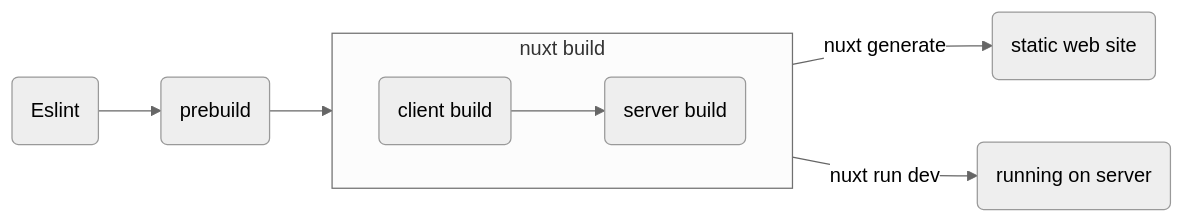
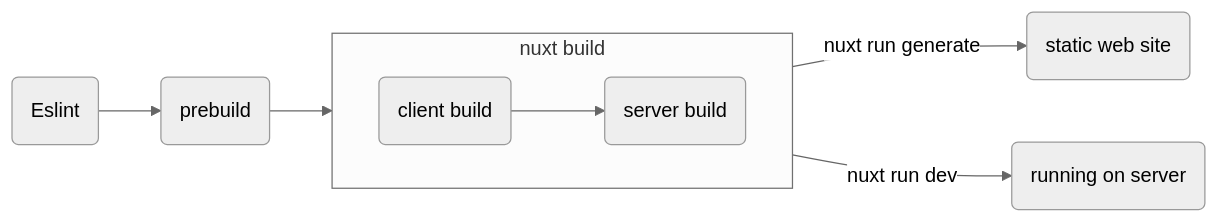
The third of 3 diagrams in README.md (mouseless/learn-nuxt), drawn with Mermaid (neutral theme) before and after one commit. The commit also changed other lines of this file, not shown here.

````diff
--- a/README.md
+++ b/README.md
@@ -337,11 +337,11 @@
 ```mermaid
 flowchart LR
     subgraph nuxtbuild[nuxt build]
         direction LR
         CB(client build) --> SB(server build)
     end
     E(Eslint) --> P(prebuild)
     P --> nuxtbuild
-    nuxtbuild -->|nuxt generate| SWS(static web site)
+    nuxtbuild -->|nuxt run generate| SWS(static web site)
     nuxtbuild -->|nuxt run dev| OS(running on server)
 ```
````
